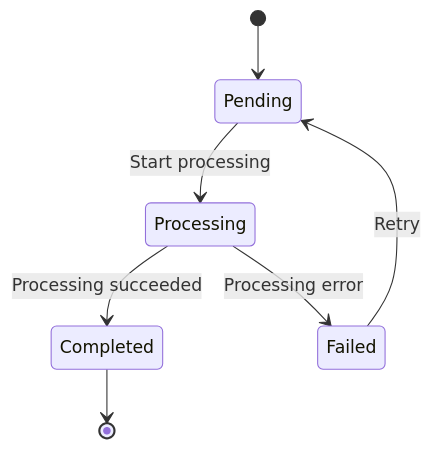
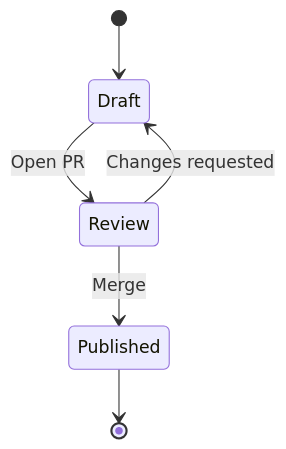
One commit to mhaibaraai/movk-nuxt-docs changed the fourth of 7 diagrams in docs/content/en/docs/4.writing/5.mermaid.md. Above: the diagram before and after it, drawn with Mermaid. The commit also changed other lines of this file and 34 other files, not shown here.

````diff
--- a/docs/content/en/docs/4.writing/5.mermaid.md
+++ b/docs/content/en/docs/4.writing/5.mermaid.md
@@ -178,9 +151,8 @@
 ```mermaid
 stateDiagram-v2
-    [*] --> Pending
-    Pending --> Processing: Start processing
-    Processing --> Completed: Processing succeeded
-    Processing --> Failed: Processing error
-    Failed --> Pending: Retry
-    Completed --> [*]
+    [*] --> Draft
+    Draft --> Review: Open PR
+    Review --> Draft: Changes requested
+    Review --> Published: Merge
+    Published --> [*]
 ```
````
